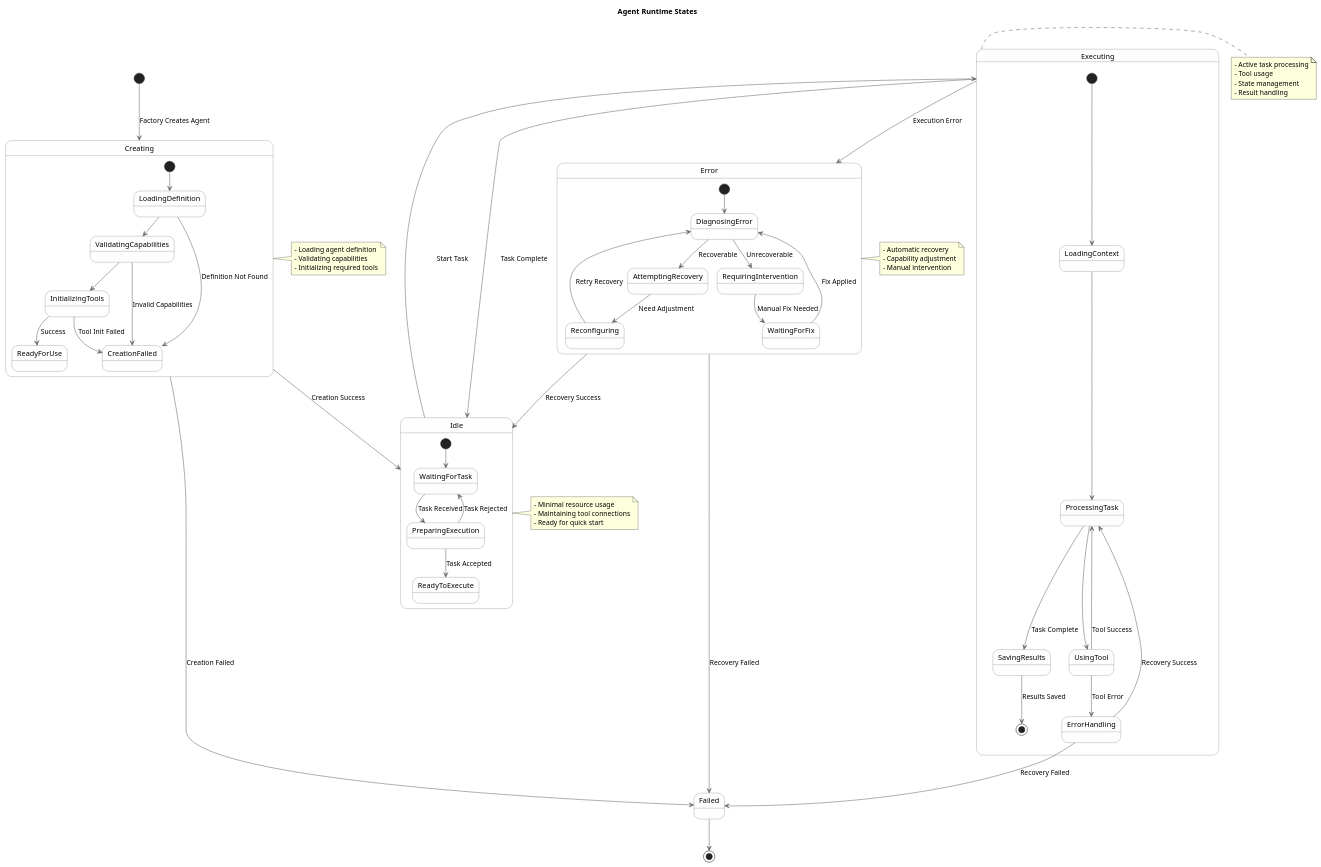
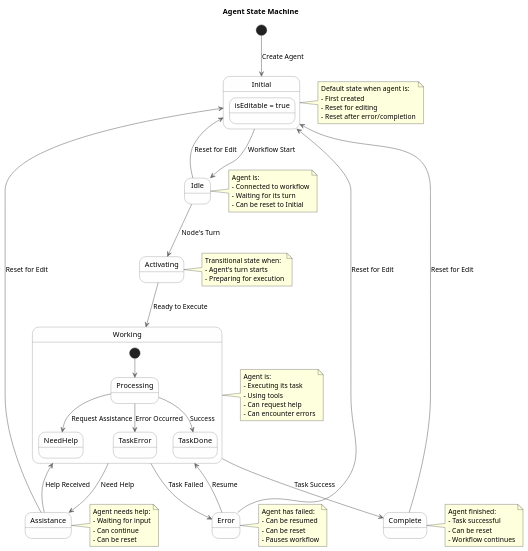
The diagram in docs/agent-state-transitions.puml (m0nq/cloud-people), drawn with PlantUML before and after one commit. The commit also changed 9 other files, not shown here.

Commit message:
Gave workflow store more robust state mgmt

```diff
--- a/docs/agent-state-transitions.puml
+++ b/docs/agent-state-transitions.puml
@@ -1,103 +1,97 @@
-@startuml Agent Runtime States
+@startuml Agent State Machine
 
-' Purpose: This diagram illustrates the runtime states of dynamic agents in the system.
-' It focuses on the backend/system perspective of how agents operate during execution.
-' This is distinct from workflow-node-states.puml which shows UI/workflow builder behavior.
+' Purpose: This diagram illustrates the runtime states of agents in the system.
+' It reflects the actual implementation in agent-store.ts.
 
 ' Styling
 skinparam StateBackgroundColor #FEFEFE
 skinparam StateBorderColor #666666
 skinparam ArrowColor #666666
 skinparam StateStartColor #445566
 skinparam StateEndColor #445566
 
 ' Title
-title Agent Runtime States
+title Agent State Machine
 
 ' States
-[*] --> Creating : Factory Creates Agent
+[*] --> Initial : Create Agent
 
-state Creating {
-    [*] --> LoadingDefinition
-    LoadingDefinition --> ValidatingCapabilities
-    ValidatingCapabilities --> InitializingTools
-    InitializingTools --> ReadyForUse : Success
-    
-    LoadingDefinition --> CreationFailed : Definition Not Found
-    ValidatingCapabilities --> CreationFailed : Invalid Capabilities
-    InitializingTools --> CreationFailed : Tool Init Failed
+state Initial {
+    state "isEditable = true" as Editable
 }
 
-Creating --> Idle : Creation Success
-Creating --> Failed : Creation Failed
+Initial --> Idle : Workflow Start
+Idle --> Initial : Reset for Edit
+Idle --> Activating : Node's Turn
+Activating --> Working : Ready to Execute
 
-state Idle {
-    [*] --> WaitingForTask
-    WaitingForTask --> PreparingExecution : Task Received
-    PreparingExecution --> WaitingForTask : Task Rejected
-    PreparingExecution --> ReadyToExecute : Task Accepted
+state Working {
+    [*] --> Processing
+    Processing --> NeedHelp : Request Assistance
+    Processing --> TaskError : Error Occurred
+    Processing --> TaskDone : Success
 }
 
-Idle --> Executing : Start Task
+Working --> Complete : Task Success
+Working --> Error : Task Failed
+Working --> Assistance : Need Help
 
-state Executing {
-    [*] --> LoadingContext
-    LoadingContext --> ProcessingTask
-    ProcessingTask --> UsingTool
-    UsingTool --> ProcessingTask : Tool Success
-    UsingTool --> ErrorHandling : Tool Error
-    
-    ErrorHandling --> ProcessingTask : Recovery Success
-    ErrorHandling --> Failed : Recovery Failed
-    
-    ProcessingTask --> SavingResults : Task Complete
-    SavingResults --> [*] : Results Saved
-}
+Error --> Working : Resume
+Error --> Initial : Reset for Edit
 
-Executing --> Idle : Task Complete
-Executing --> Error : Execution Error
+Assistance --> Working : Help Received
+Assistance --> Initial : Reset for Edit
 
-state Error {
-    [*] --> DiagnosingError
-    DiagnosingError --> AttemptingRecovery : Recoverable
-    DiagnosingError --> RequiringIntervention : Unrecoverable
-    
-    AttemptingRecovery --> Reconfiguring : Need Adjustment
-    Reconfiguring --> DiagnosingError : Retry Recovery
-    
-    RequiringIntervention --> WaitingForFix : Manual Fix Needed
-    WaitingForFix --> DiagnosingError : Fix Applied
-}
-
-Error --> Idle : Recovery Success
-Error --> Failed : Recovery Failed
-
-Failed --> [*]
+Complete --> Initial : Reset for Edit
 
 ' Notes
-note right of Creating
-  - Loading agent definition
-  - Validating capabilities
-  - Initializing required tools
+note right of Initial
+  Default state when agent is:
+  - First created
+  - Reset for editing
+  - Reset after error/completion
 end note
 
 note right of Idle
-  - Minimal resource usage
-  - Maintaining tool connections
-  - Ready for quick start
+  Agent is:
+  - Connected to workflow
+  - Waiting for its turn
+  - Can be reset to Initial
 end note
 
-note right of Executing
-  - Active task processing
-  - Tool usage
-  - State management
-  - Result handling
+note right of Activating
+  Transitional state when:
+  - Agent's turn starts
+  - Preparing for execution
+end note
+
+note right of Working
+  Agent is:
+  - Executing its task
+  - Using tools
+  - Can request help
+  - Can encounter errors
 end note
 
 note right of Error
-  - Automatic recovery
-  - Capability adjustment
-  - Manual intervention
+  Agent has failed:
+  - Can be resumed
+  - Can be reset
+  - Pauses workflow
+end note
+
+note right of Assistance
+  Agent needs help:
+  - Waiting for input
+  - Can continue
+  - Can be reset
+end note
+
+note right of Complete
+  Agent finished:
+  - Task successful
+  - Can be reset
+  - Workflow continues
 end note
 
 @enduml
```
